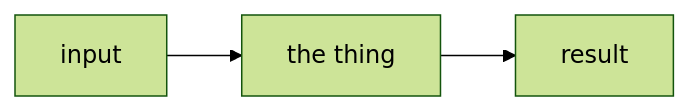
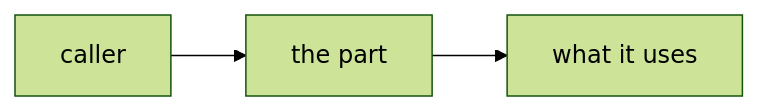
Before and after one commit to asermax/nagara: the first of 5 diagrams in docs/_templates/note.md, drawn with Mermaid (forest theme). The commit also changed other lines of this file and 19 other files, not shown here.

First line of the commit message:
docs: adopt the mahou charter, template and hand-kept indexes

````diff
--- a/docs/_templates/note.md
+++ b/docs/_templates/note.md
@@ -25,4 +19,4 @@
 ```mermaid
 flowchart LR
-  A[input] --> B[the thing] --> C[result]
+  A[caller] --> B[the part] --> C[what it uses]
 ```
````
